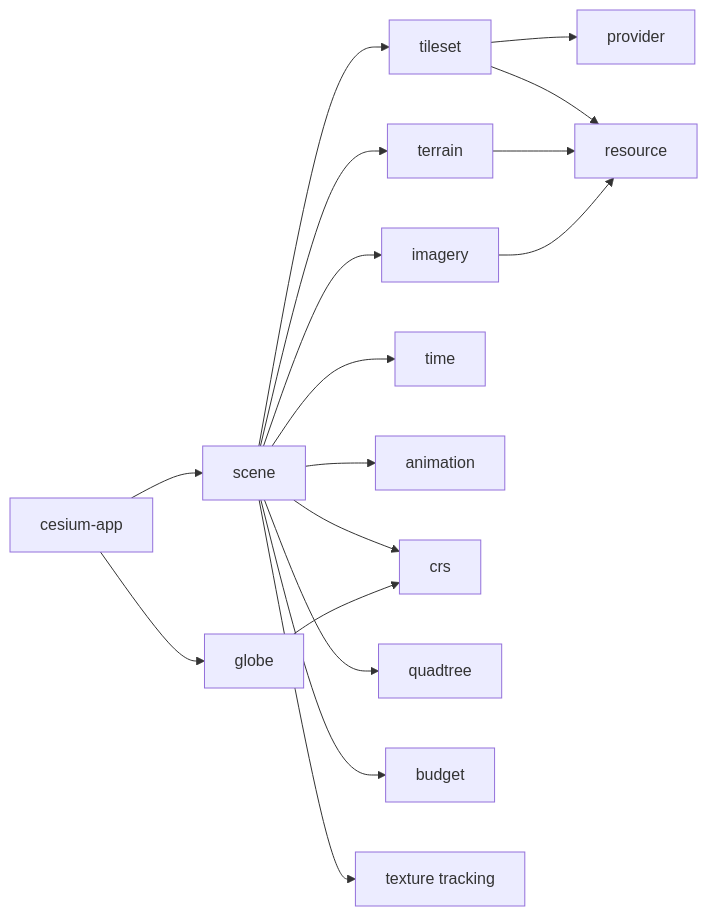
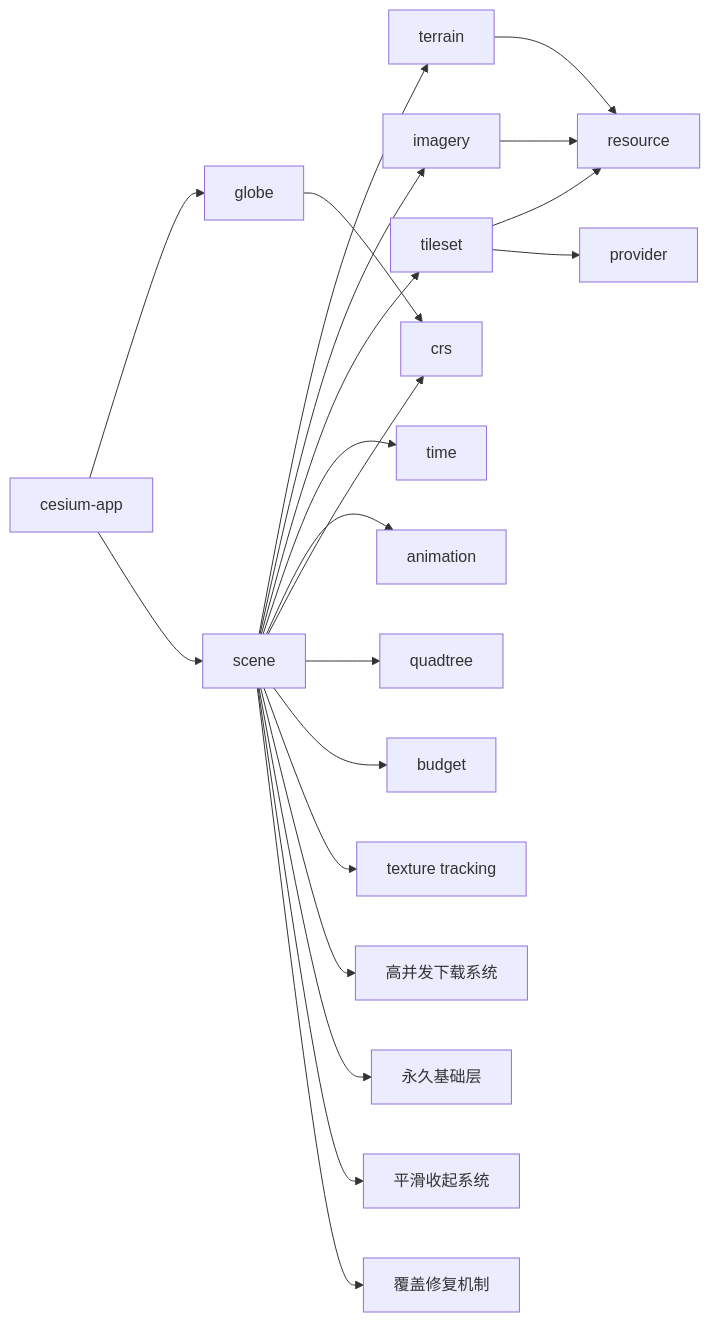
Diagram 22 of 22 in .qoder/repowiki/zh/content/核心概念/渲染管线与场景图/动态地球渲染系统.md (rzhangjing/cesium), drawn with Mermaid before and after one commit. The commit also changed other lines of this file and 9 other files, not shown here.

````diff
--- a/.qoder/repowiki/zh/content/核心概念/渲染管线与场景图/动态地球渲染系统.md
+++ b/.qoder/repowiki/zh/content/核心概念/渲染管线与场景图/动态地球渲染系统.md
@@ -600,19 +851,23 @@
 ```mermaid
 graph LR
 App["cesium-app"] --> DomainGlobe["globe"]
 App --> DomainScene["scene"]
 DomainScene --> DomainTerrain["terrain"]
 DomainScene --> DomainImagery["imagery"]
 DomainScene --> DomainTileset["tileset"]
 DomainScene --> DomainTime["time"]
 DomainScene --> DomainAnimation["animation"]
 DomainScene --> DomainCRS["crs"]
 DomainTileset --> DomainResource["resource"]
 DomainTileset --> DomainProvider["provider"]
 DomainTerrain --> DomainResource
 DomainImagery --> DomainResource
 DomainGlobe --> DomainCRS
 DomainScene --> DomainQuadtree["quadtree"]
 DomainScene --> DomainBudget["budget"]
 DomainScene --> DomainTextureTrack["texture tracking"]
+DomainScene --> DomainDownloadSys["高并发下载系统"]
+DomainScene --> DomainBaseLayer["永久基础层"]
+DomainScene --> DomainSmoothTransition["平滑收起系统"]
+DomainScene --> DomainCoverageFix["覆盖修复机制"]
 ```
````
